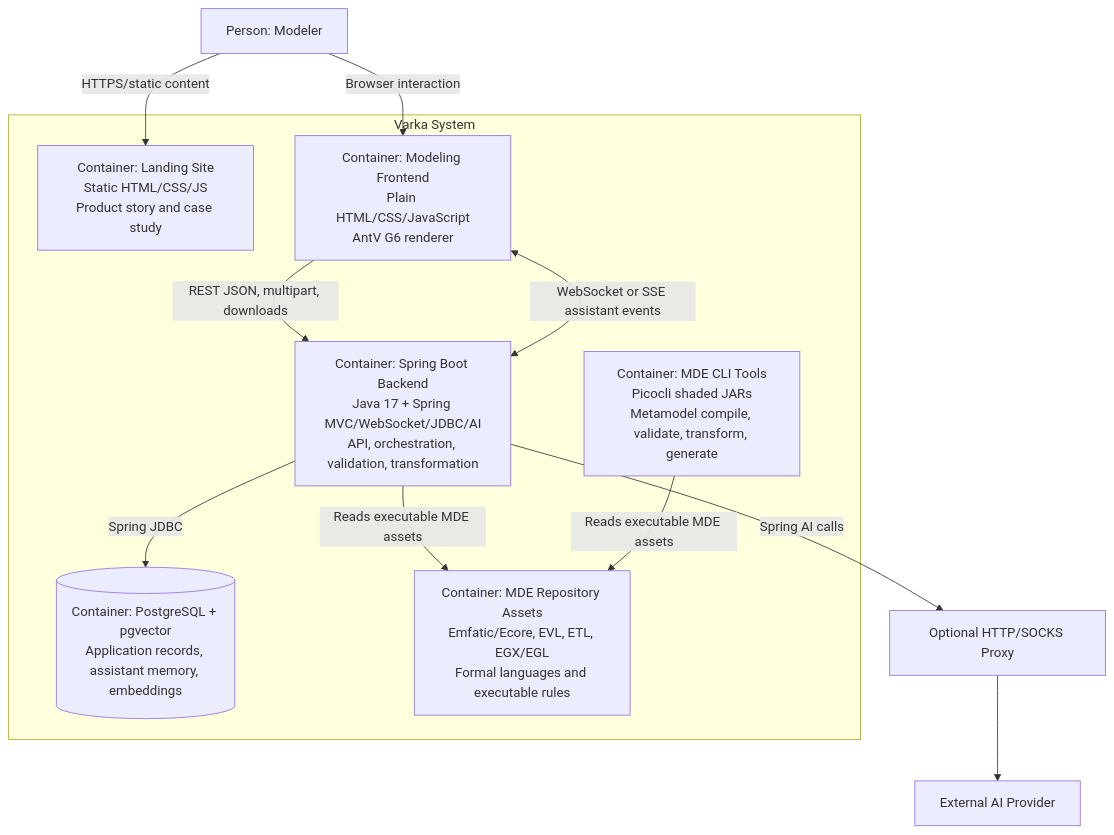
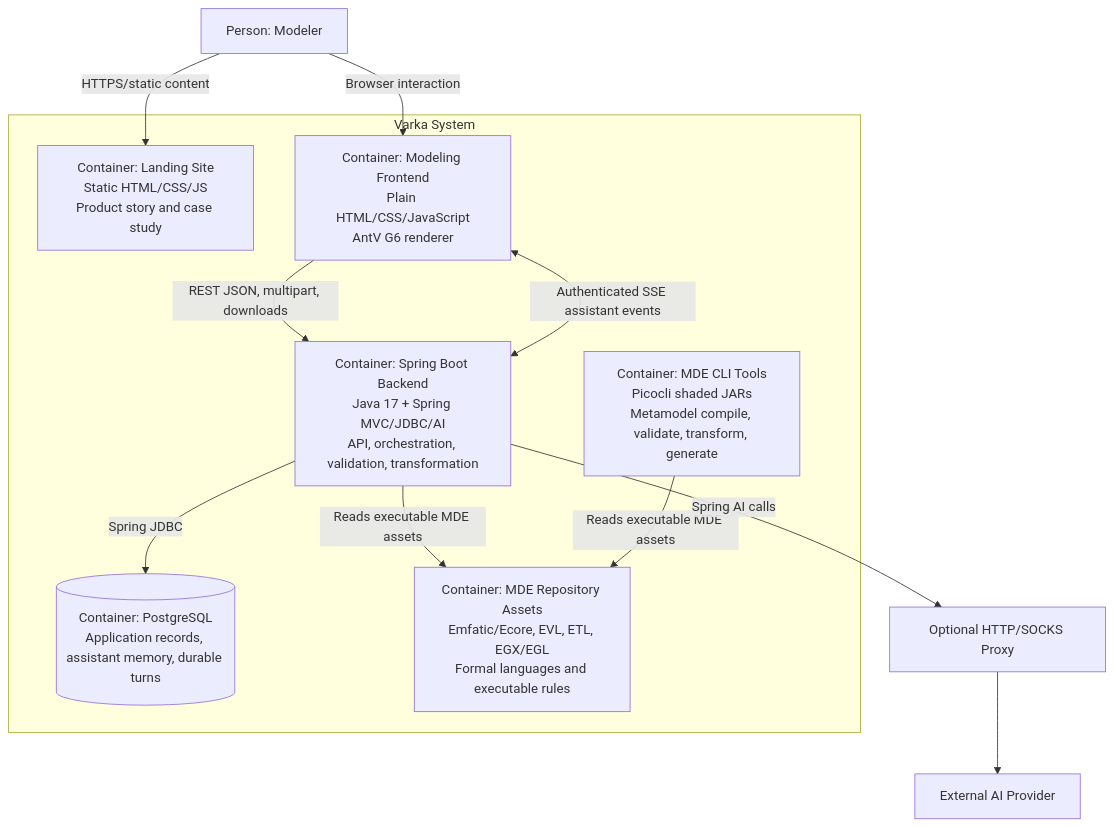
The first of 2 diagrams in docs/diagrams/02-c4-containers.md (mehdieidi/modriss), drawn with Mermaid before and after one commit. The commit also changed other lines of this file and 37 other files, not shown here.

First line of the commit message:
docs: refactor AI assistant documentation and improve clarity on durable turns, checkpoints, and event handling

````diff
--- a/docs/diagrams/02-c4-containers.md
+++ b/docs/diagrams/02-c4-containers.md
@@ -3,26 +3,26 @@
 ```mermaid
 flowchart TB
     user["Person: Modeler"]
 
     subgraph varka["Varka System"]
         landing["Container: Landing Site<br/>Static HTML/CSS/JS<br/>Product story and case study"]
         frontend["Container: Modeling Frontend<br/>Plain HTML/CSS/JavaScript<br/>AntV G6 renderer"]
-        backend["Container: Spring Boot Backend<br/>Java 17 + Spring MVC/WebSocket/JDBC/AI<br/>API, orchestration, validation, transformation"]
-        postgres[("Container: PostgreSQL + pgvector<br/>Application records, assistant memory, embeddings")]
+        backend["Container: Spring Boot Backend<br/>Java 17 + Spring MVC/JDBC/AI<br/>API, orchestration, validation, transformation"]
+        postgres[("Container: PostgreSQL<br/>Application records, assistant memory, durable turns")]
         mde["Container: MDE Repository Assets<br/>Emfatic/Ecore, EVL, ETL, EGX/EGL<br/>Formal languages and executable rules"]
         cli["Container: MDE CLI Tools<br/>Picocli shaded JARs<br/>Metamodel compile, validate, transform, generate"]
     end
 
     provider["External AI Provider"]
     proxy["Optional HTTP/SOCKS Proxy"]
 
     user -->|"HTTPS/static content"| landing
     user -->|"Browser interaction"| frontend
     frontend -->|"REST JSON, multipart, downloads"| backend
-    frontend <-->|"WebSocket or SSE assistant events"| backend
+    frontend <-->|"Authenticated SSE assistant events"| backend
     backend -->|"Spring JDBC"| postgres
     backend -->|"Reads executable MDE assets"| mde
     cli -->|"Reads executable MDE assets"| mde
     backend -->|"Spring AI calls"| proxy
     proxy --> provider
 ```
````
